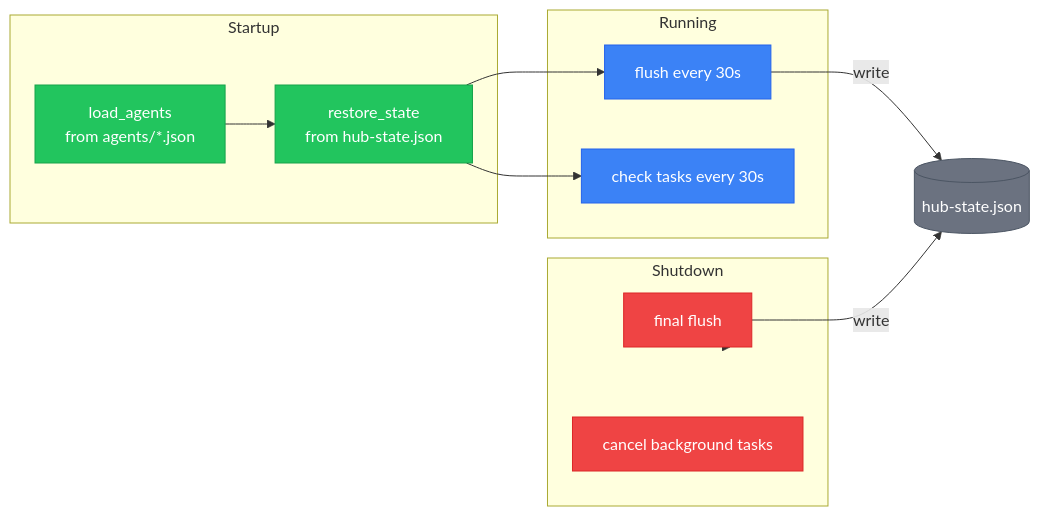
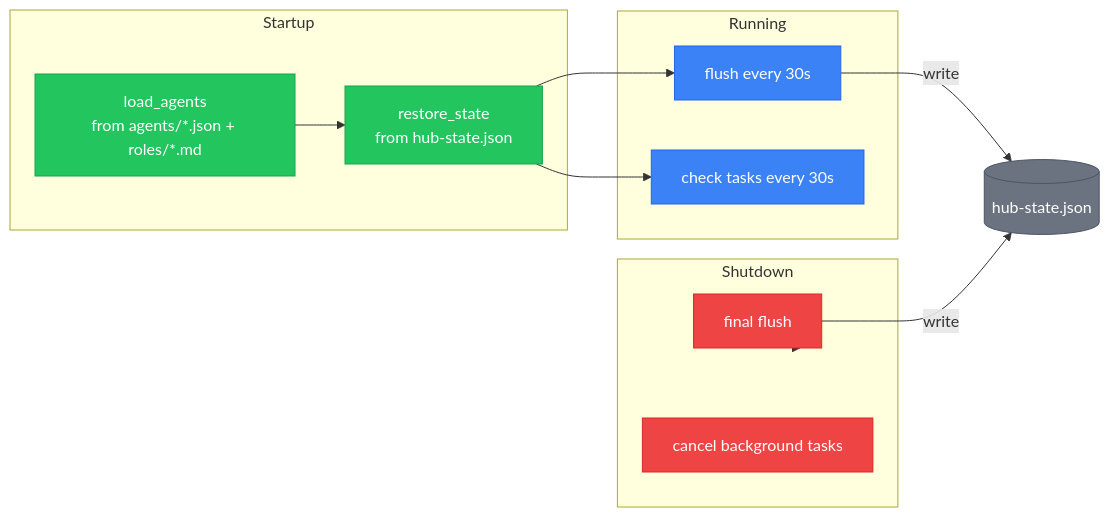
Before and after one commit to neverprepared/ink-bunny: the fifth of 5 diagrams in docs/brainbox/hub.md, drawn with Mermaid. The commit also changed other lines of this file and 42 other files, not shown here.

````diff
--- a/docs/brainbox/hub.md
+++ b/docs/brainbox/hub.md
@@ -184,32 +200,32 @@
 ```mermaid
 flowchart LR
     subgraph Init["Startup"]
-        Load[load_agents<br/>from agents/*.json]
+        Load[load_agents<br/>from agents/*.json + roles/*.md]
         Restore[restore_state<br/>from hub-state.json]
     end
 
     subgraph Runtime["Running"]
         PeriodicFlush[flush every 30s]
         PeriodicCheck[check tasks every 30s]
     end
 
     subgraph Shutdown["Shutdown"]
         FinalFlush[final flush]
         CancelTasks[cancel background tasks]
     end
 
     Load --> Restore --> PeriodicFlush
     Restore --> PeriodicCheck
     PeriodicFlush -->|write| StateFile[(hub-state.json)]
     Shutdown --> FinalFlush -->|write| StateFile
 
     classDef initStyle fill:#22c55e,stroke:#16a34a,color:#fff
     classDef runStyle fill:#3b82f6,stroke:#2563eb,color:#fff
     classDef shutStyle fill:#ef4444,stroke:#dc2626,color:#fff
     classDef fileStyle fill:#6b7280,stroke:#4b5563,color:#fff
 
     class Load,Restore initStyle
     class PeriodicFlush,PeriodicCheck runStyle
     class FinalFlush,CancelTasks shutStyle
     class StateFile fileStyle
 ```
````
